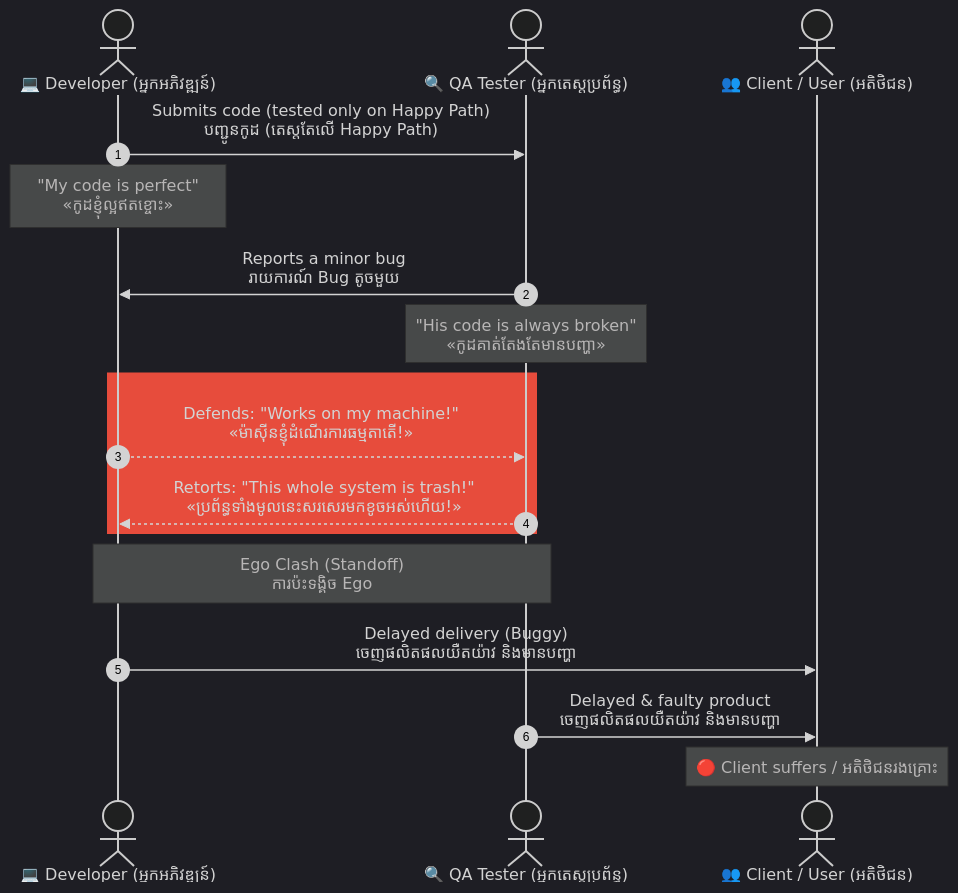
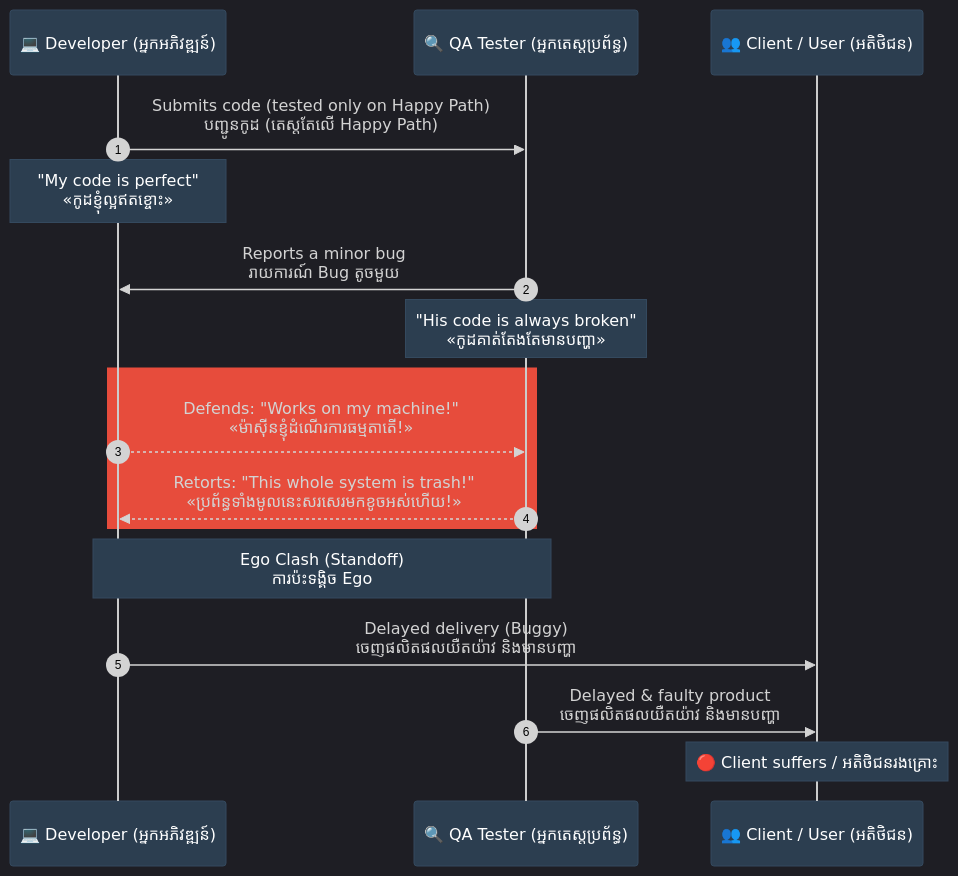
The second of 7 diagrams in feeds/concepts/articles/01-confirmation-bias.md (GuideStack/iblogger-feeds), drawn with Mermaid before and after one commit. The commit also changed other lines of this file and 4 other files, not shown here.

Commit message:
style(visual): upgrade remaining sequence diagrams to participant boxes with contrast outlines

````diff
--- a/feeds/concepts/articles/01-confirmation-bias.md
+++ b/feeds/concepts/articles/01-confirmation-bias.md
@@ -156,33 +156,39 @@
 ```mermaid
 %%{init: {
   'theme': 'dark',
   'themeVariables': {
     'background': '#1e1e1e',
     'primaryTextColor': '#ffffff',
-    'lineColor': '#a0a0a0'
+    'lineColor': '#a0a0a0',
+    'actorBkg': '#2c3e50',
+    'actorBorder': '#34495e',
+    'actorTextColor': '#ffffff',
+    'noteBkgColor': '#2c3e50',
+    'noteTextColor': '#ffffff',
+    'noteBorderColor': '#34495e'
   },
-  'themeCSS': 'svg { background-color: #1e1e1e !important; padding: 1rem !important; border-radius: 8px !important; } .edgeLabel rect { fill: #1e1e1e !important; } text, tspan { fill: #ffffff !important; }'
+  'themeCSS': 'svg { background-color: #1e1e1e !important; padding: 1rem !important; border-radius: 8px !important; } .edgeLabel rect { fill: #1e1e1e !important; } text, tspan { fill: #ffffff !important; } .messageText, .messageText tspan, .signalText, .signalText tspan { fill: #ffffff !important; stroke: #1e1e1e !important; stroke-width: 3px !important; paint-order: stroke fill !important; stroke-linejoin: round !important; }'
 }}%%
 sequenceDiagram
     autonumber
-    actor Dev as 💻 Developer (អ្នកអភិវឌ្ឍន៍)
-    actor QA as 🔍 QA Tester (អ្នកតេស្តប្រព័ន្ធ)
-    actor Client as 👥 Client / User (អតិថិជន)
+    participant Dev as 💻 Developer (អ្នកអភិវឌ្ឍន៍)
+    participant QA as 🔍 QA Tester (អ្នកតេស្តប្រព័ន្ធ)
+    participant Client as 👥 Client / User (អតិថិជន)
 
     Dev->>QA: Submits code (tested only on Happy Path)<br/>បញ្ជូនកូដ (តេស្តតែលើ Happy Path)
     Note over Dev: "My code is perfect"<br/>«កូដខ្ញុំល្អឥតខ្ចោះ»
     
     QA->>Dev: Reports a minor bug<br/>រាយការណ៍ Bug តូចមួយ
     Note over QA: "His code is always broken"<br/>«កូដគាត់តែងតែមានបញ្ហា»
     
     rect rgb(231, 76, 60)
         Dev-->>QA: Defends: "Works on my machine!"<br/>«ម៉ាស៊ីនខ្ញុំដំណើរការធម្មតាតើ!»
         QA-->>Dev: Retorts: "This whole system is trash!"<br/>«ប្រព័ន្ធទាំងមូលនេះសរសេរមកខូចអស់ហើយ!»
     end
     
     Note over Dev, QA: Ego Clash (Standoff)<br/>ការប៉ះទង្គិច Ego
     
     Dev->>Client: Delayed delivery (Buggy)<br/>ចេញផលិតផលយឺតយ៉ាវ និងមានបញ្ហា
     QA->>Client: Delayed & faulty product<br/>ចេញផលិតផលយឺតយ៉ាវ និងមានបញ្ហា
     Note over Client: 🔴 Client suffers / អតិថិជនរងគ្រោះ
 ```
````
